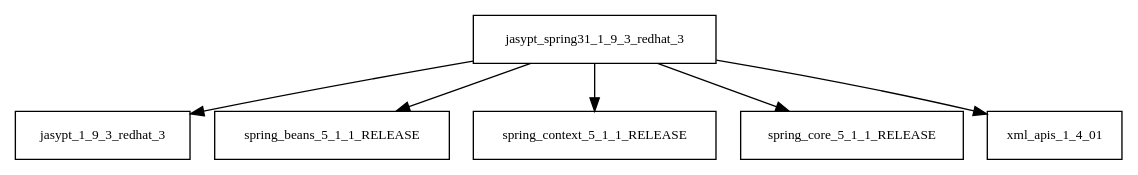
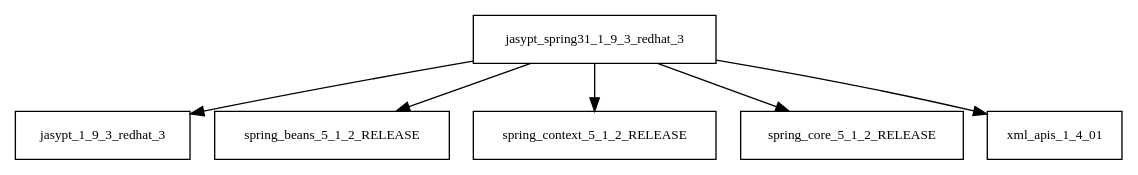
One commit to Hack23/cia changed the diagram in tattleTaleReport/graphviz/jasypt-spring31-1.9.3.redhat_3.jar/jasypt-spring31-1.9.3.redhat_3.jar.dot. Above: the diagram before and after it, drawn with Graphviz. The commit also changed 4165 other files, not shown here.

```diff
--- a/tattleTaleReport/graphviz/jasypt-spring31-1.9.3.redhat_3.jar/jasypt-spring31-1.9.3.redhat_3.jar.dot
+++ b/tattleTaleReport/graphviz/jasypt-spring31-1.9.3.redhat_3.jar/jasypt-spring31-1.9.3.redhat_3.jar.dot
@@ -1,8 +1,8 @@
 digraph jasypt_spring31_1_9_3_redhat_3_dependencies {
   node [shape = box, fontsize=10.0];
   jasypt_spring31_1_9_3_redhat_3 -> jasypt_1_9_3_redhat_3;
-  jasypt_spring31_1_9_3_redhat_3 -> spring_beans_5_1_1_RELEASE;
-  jasypt_spring31_1_9_3_redhat_3 -> spring_context_5_1_1_RELEASE;
-  jasypt_spring31_1_9_3_redhat_3 -> spring_core_5_1_1_RELEASE;
+  jasypt_spring31_1_9_3_redhat_3 -> spring_beans_5_1_2_RELEASE;
+  jasypt_spring31_1_9_3_redhat_3 -> spring_context_5_1_2_RELEASE;
+  jasypt_spring31_1_9_3_redhat_3 -> spring_core_5_1_2_RELEASE;
   jasypt_spring31_1_9_3_redhat_3 -> xml_apis_1_4_01;
 }
```
